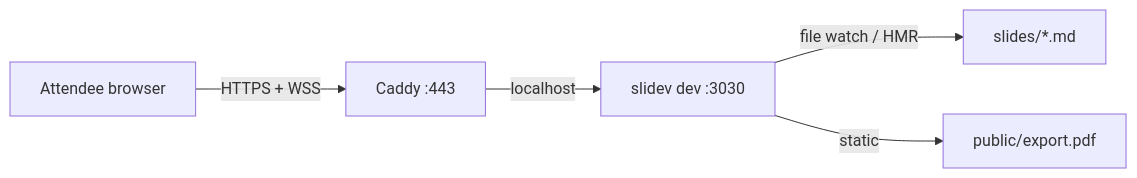
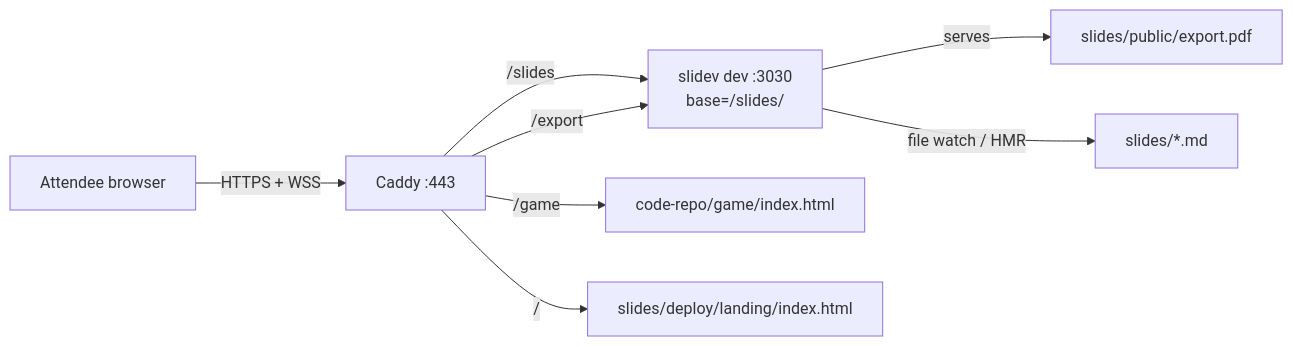
One commit to temporalio/workshop-nexus-intro-instruqt changed the diagram in slides/DEPLOY.md. Above: the diagram before and after it, drawn with Mermaid. The commit also changed other lines of this file and 5 other files, not shown here.

First line of the commit message:
Add VPS deploy: subpath routing, landing page, idempotent bootstrap

````diff
--- a/slides/DEPLOY.md
+++ b/slides/DEPLOY.md
@@ -16,7 +21,10 @@
 ```mermaid
 flowchart LR
   A[Attendee browser] -- HTTPS + WSS --> C[Caddy :443]
-  C -- localhost --> S[slidev dev :3030]
+  C -- /slides --> S[slidev dev :3030<br/>base=/slides/]
+  C -- /export --> S
+  C -- /game --> G[code-repo/game/index.html]
+  C -- / --> L[slides/deploy/landing/index.html]
+  S -- serves --> P[slides/public/export.pdf]
   S -- file watch / HMR --> F[slides/*.md]
-  S -- static --> P[public/export.pdf]
 ```
````
